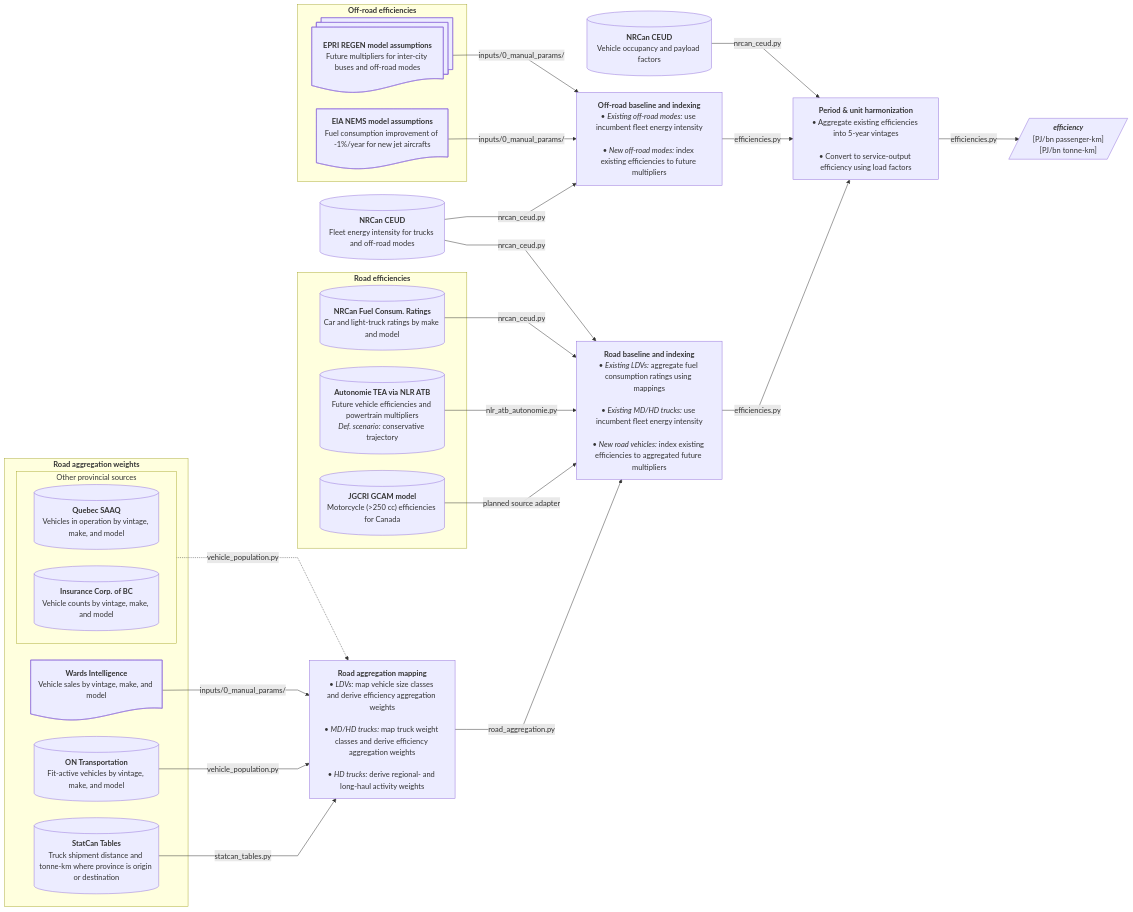
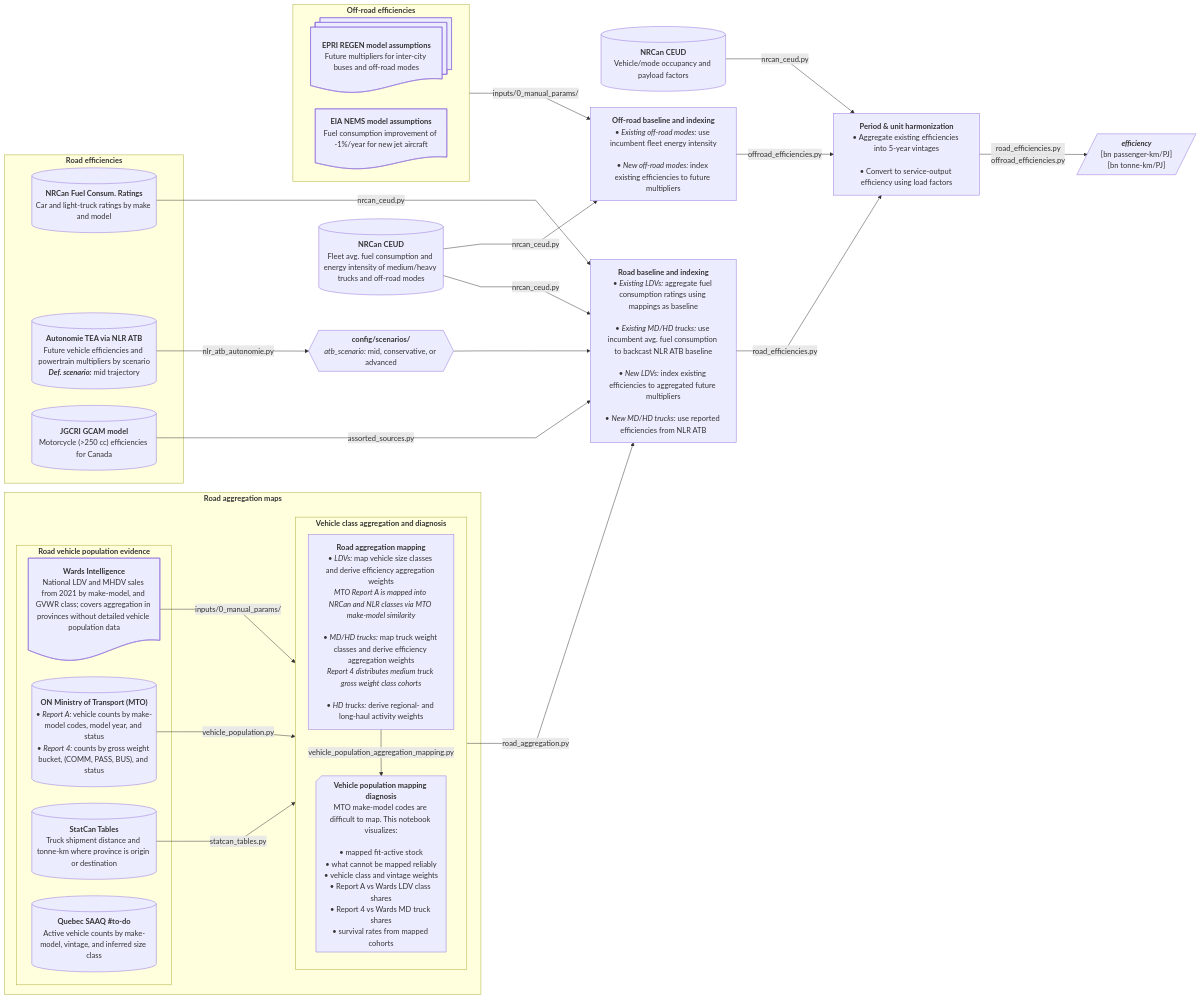
The eighth of 14 diagrams in README.md (CANOE-main/canoe-transportation), drawn with Mermaid before and after one commit. The commit also changed other lines of this file and 14 other files, not shown here.

```diff
--- a/README.md
+++ b/README.md
@@ -474,58 +658,99 @@
     curve: linear
 ---
 flowchart LR
-  %% --- Sources ---
-  subgraph agg["`**Road aggregation weights**`"]
-	  s3@{shape: doc, label: "**Wards Intelligence**<br>Vehicle sales by vintage, make, and model"}
-	  s4[("`**ON Transportation**<br>Fit-active vehicles by vintage, make, and model`")]
-	  s10[("`**StatCan Tables**<br>Truck shipment distance and tonne-km where province is origin or destination`")]
-	  subgraph expansion["`Other provincial sources`"]
-      direction LR
-	    s5[("`**Quebec SAAQ**<br>Vehicles in operation by vintage, make, and model`")]
-	    s6[("`**Insurance Corp. of BC**<br>Vehicle counts by vintage, make, and model`")]
-	  end
+  %% ############ Sources ###########
+  subgraph road_agg["`**Road aggregation maps**`"]
+    subgraph agg["`**Road vehicle population evidence**`"]
+      s3@{shape: doc, label: "**Wards Intelligence**
+        National LDV and MHDV sales from 2021 by make-model, and GVWR class; covers aggregation in provinces without detailed vehicle population data"}
+      s4[("`**ON Ministry of Transport (MTO)**
+        • *Report A:* vehicle counts by make-model codes, model year, and status
+        • *Report 4:* counts by gross weight bucket, (COMM, PASS, BUS), and status`")]
+      s10[("`**StatCan Tables**
+        Truck shipment distance and tonne-km where province is origin or destination`")]
+      s5[("`**Quebec SAAQ #to-do**
+        Active vehicle counts by make-model, vintage, and inferred size class`")]
+    end
+
+    subgraph aggregation["`**Vehicle class aggregation and diagnosis**`"]
+      direction TB
+      p0["`**Road aggregation mapping**
+        • *LDVs:* map vehicle size classes and derive efficiency aggregation weights
+        *MTO Report A is mapped into NRCan and NLR classes via MTO make-model similarity*<br>
+        • *MD/HD trucks:* map truck weight classes and derive efficiency aggregation weights
+        *Report 4 distributes medium truck gross weight class cohorts*<br>
+        • *HD trucks:* derive regional- and long-haul activity weights`"]
+      
+      p0_2@{shape: notch-rect, label: "**Vehicle population mapping diagnosis**
+        MTO make-model codes are difficult to map. This notebook visualizes:<br>
+        • mapped fit-active stock
+        • what cannot be mapped reliably
+        • vehicle class and vintage weights
+        • Report A vs Wards LDV class shares
+        • Report 4 vs Wards MD truck shares
+        • survival rates from mapped cohorts"}
+      p0 -- vehicle_population_aggregation_mapping.py --> p0_2
+    end
+    s3 -- inputs/0_manual_params/ --> aggregation
+    s4 -- vehicle_population.py --> aggregation
+    s10 -- statcan_tables.py --> aggregation
   end
+
   subgraph road["`**Road efficiencies**`"]
-	  s1[("`**NRCan Fuel Consum. Ratings**<br>Car and light-truck ratings by make and model`")]
-	  s2[("`**Autonomie TEA via NLR ATB**<br>Future vehicle efficiencies and powertrain multipliers<br>*Def. scenario:* conservative trajectory`")]
-	  s2_2[("`**JGCRI GCAM model**<br>Motorcycle (>250 cc) efficiencies for Canada`")]
+    s1[("`**NRCan Fuel Consum. Ratings**
+      Car and light-truck ratings by make and model`")]
+    s2[("`**Autonomie TEA via NLR ATB**
+      Future vehicle efficiencies and powertrain multipliers by scenario
+      ***Def. scenario:*** mid trajectory`")]
+    s2_2[("`**JGCRI GCAM model**
+      Motorcycle (>250 cc) efficiencies for Canada`")]
   end
+  
   subgraph off["`**Off-road efficiencies**`"]
-	  s7@{shape: docs, label: "**EPRI REGEN model assumptions**<br>Future multipliers for inter-city buses and off-road modes"}
-	  s8@{shape: doc, label: "**EIA NEMS model assumptions**<br>Fuel consumption improvement of -1%/year for new jet aircrafts"}
+    direction LR
+    s7@{shape: docs, label: "**EPRI REGEN model assumptions**
+      Future multipliers for inter-city buses and off-road modes"}
+    s8@{shape: doc, label: "**EIA NEMS model assumptions**
+      Fuel consumption improvement of -1%/year for new jet aircraft"}
   end
-  s0[("`**NRCan CEUD**<br>Fleet energy intensity for trucks and off-road modes`")]
-  s9[("`**NRCan CEUD**<br>Vehicle occupancy and payload factors`")]
+  
+  s0[("`**NRCan CEUD**
+    Fleet avg. fuel consumption and energy intensity of medium/heavy trucks and off-road modes`")]
+  s9[("`**NRCan CEUD**
+    Vehicle/mode occupancy and payload factors`")]
 
-  %% --- Processes ---
-  p0["`**Road aggregation mapping**<br>• *LDVs:* map vehicle size classes and derive efficiency aggregation weights<br><br>• *MD/HD trucks:* map truck weight classes and derive efficiency aggregation weights<br><br>• *HD trucks:* derive regional- and long-haul activity weights`"]
-	  s3 -- inputs/0_manual_params/ --> p0
-  s4 -- vehicle_population.py --> p0
-  expansion -. "vehicle_population.py" .-> p0
-  s10 -- statcan_tables.py --> p0
+  %% ############ Processes ###########
+  s0 -- nrcan_ceud.py --> p3 & p2
 
-  p2["`**Road baseline and indexing**<br>• *Existing LDVs:* aggregate fuel consumption ratings using mappings<br><br>• *Existing MD/HD trucks:* use incumbent fleet energy intensity<br><br>• *New road vehicles:* index existing efficiencies to aggregated future multipliers`"]
+  p2_2@{shape: hex, label: "**config/scenarios/**
+    *atb_scenario:* mid, conservative, or advanced"}
+  p2["`**Road baseline and indexing**
+    • *Existing LDVs:* aggregate fuel consumption ratings using mappings as baseline<br>
+    • *Existing MD/HD trucks:* use incumbent avg. fuel consumption to backcast NLR ATB baseline<br>
+    • *New LDVs:* index existing efficiencies to aggregated future multipliers<br>
+    • *New MD/HD trucks:* use reported efficiencies from NLR ATB<br>
+    `"]
   s1 -- nrcan_ceud.py --> p2
-  s2 -- nlr_atb_autonomie.py --> p2
-  s2_2 -- planned source adapter --> p2
-  p0 -- road_aggregation.py --> p2
-
+  s2 -- nlr_atb_autonomie.py --> p2_2 --> p2
+  s2_2 -- assorted_sources.py --> p2
+  aggregation -- road_aggregation.py --> p2
+  
+  p3["`**Off-road baseline and indexing**
+    • *Existing off-road modes:* use incumbent fleet energy intensity<br>
+    • *New off-road modes:* index existing efficiencies to future multipliers`"]
+  off -- inputs/0_manual_params/ --> p3
+    
+  p4["`**Period & unit harmonization**
+    • Aggregate existing efficiencies into 5-year vintages<br>
+    • Convert to service-output efficiency using load factors`"]
   s9 -- nrcan_ceud.py --> p4
-
-  p3["`**Off-road baseline and indexing**<br>• *Existing off-road modes:* use incumbent fleet energy intensity<br><br>• *New off-road modes:* index existing efficiencies to future multipliers`"]
-  s7 -- inputs/0_manual_params/ --> p3
-  s8 -- inputs/0_manual_params/ --> p3
-
-  s0 -- nrcan_ceud.py --> p2 & p3
-
-  p4["`**Period & unit harmonization**<br>• Aggregate existing efficiencies into 5-year vintages<br><br>• Convert to service-output efficiency using load factors`"]
-  p2 -- efficiencies.py --> p4
-  p3 -- efficiencies.py --> p4
-
-  p4 -- efficiencies.py --> o1[/"`***efficiency***<br>[PJ/bn passenger-km]<br>[PJ/bn tonne-km]`"/]
-
+  p2 -- road_efficiencies.py --> p4
+  p3 -- offroad_efficiencies.py --> p4 -- road_efficiencies.py
+  offroad_efficiencies.py --> o1[/"`***efficiency***
+    [bn passenger-km/PJ]
+    [bn tonne-km/PJ]`"/]
+  
   %% --- Hyperlinks ---
-  click s6 "https://public.tableau.com/app/profile/icbc/viz/VehiclePopulationIntroPage/VehiclePopulationData"
   click s5 "https://www.donneesquebec.ca/recherche/dataset/vehicules-en-circulation"
   click s4 "https://data.ontario.ca/dataset/vehicle-population-data"
   click s9 "https://oee.nrcan.gc.ca/corporate/statistics/neud/dpa/menus/trends/comprehensive_tables/list.cfm"
```
